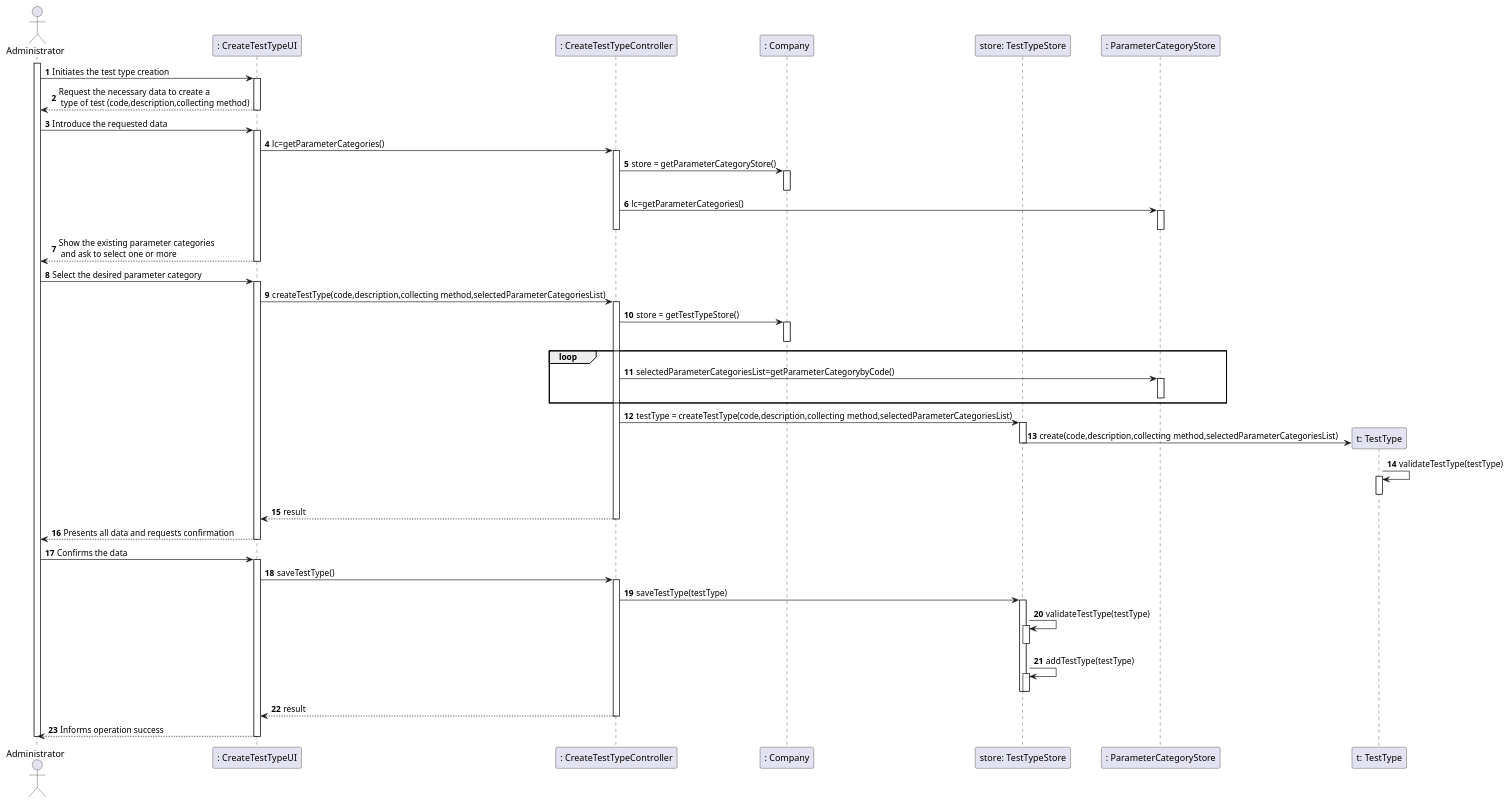
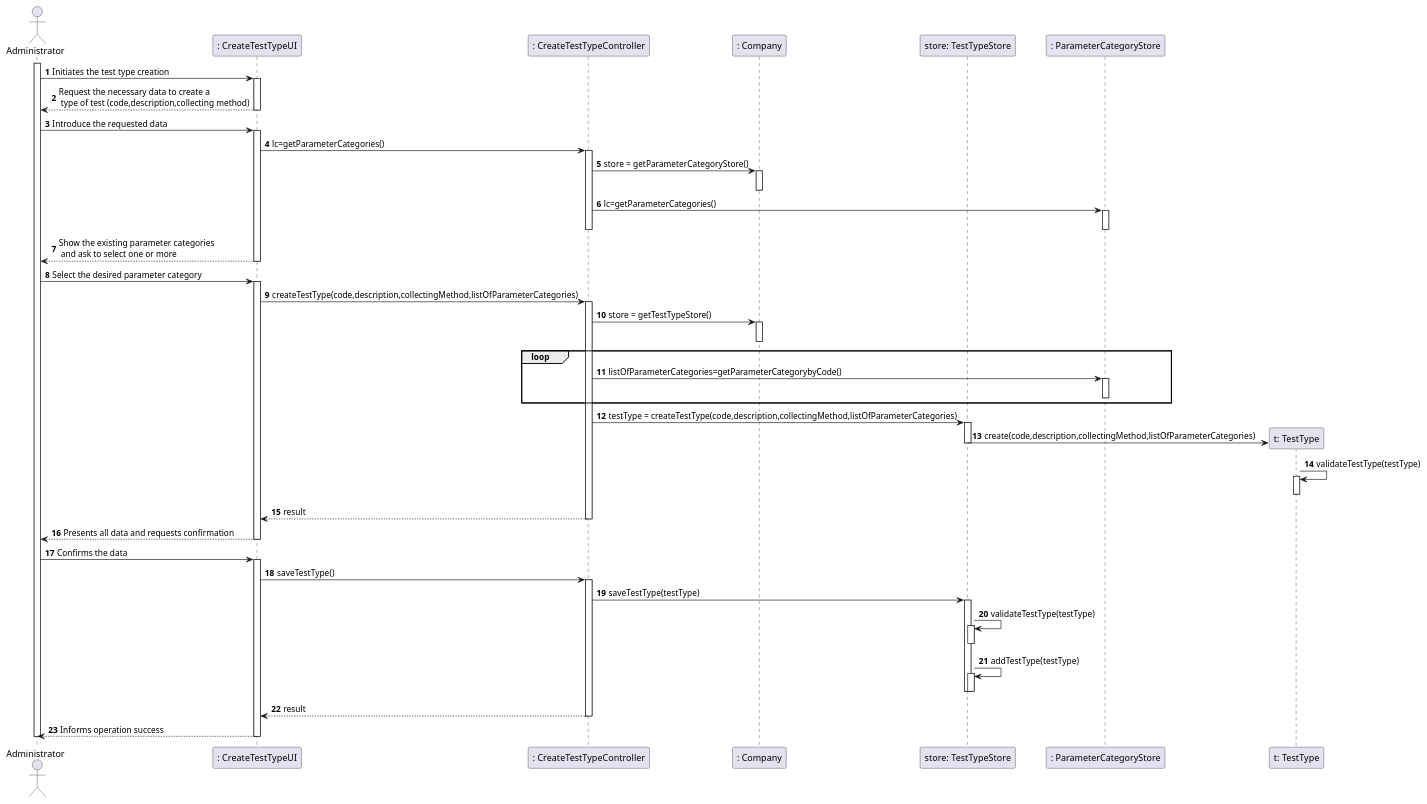
Before and after one commit to manu-07-ela/LAPR2_ISEP: the diagram in docs/SprintB/US09/US09_SD.puml, drawn with PlantUML. The commit also changed 3 other files, not shown here.

```diff
--- a/docs/SprintB/US09/US09_SD.puml
+++ b/docs/SprintB/US09/US09_SD.puml
@@ -1,80 +1,80 @@
 @startuml
 autonumber
 'hide footbox
 actor "Administrator" as Adm
 
 participant ": CreateTestTypeUI" as UI
 participant ": CreateTestTypeController" as CTRL
 participant ": Company" as Comp
 participant "store: TestTypeStore" as str
 participant ": ParameterCategoryStore" as PC
 participant "t: TestType" as TT
 
 activate Adm
 Adm -> UI : Initiates the test type creation
 activate UI
 UI --> Adm : Request the necessary data to create a\n type of test (code,description,collecting method)
 deactivate UI
 
 Adm -> UI : Introduce the requested data
 activate UI
 UI -> CTRL : lc=getParameterCategories()
 activate CTRL
 CTRL -> Comp : store = getParameterCategoryStore()
 activate Comp
 deactivate Comp
 CTRL -> PC : lc=getParameterCategories()
 activate PC
 deactivate PC
 deactivate CTRL
 UI --> Adm : Show the existing parameter categories\n and ask to select one or more
 deactivate UI
 
 Adm -> UI : Select the desired parameter category
 activate UI
-UI -> CTRL : createTestType(code,description,collecting method,selectedParameterCategoriesList)
+UI -> CTRL : createTestType(code,description,collectingMethod,listOfParameterCategories)
 activate CTRL
 CTRL -> Comp : store = getTestTypeStore()
 activate Comp
 deactivate Comp
 loop
-CTRL -> PC : selectedParameterCategoriesList=getParameterCategorybyCode()
+CTRL -> PC : listOfParameterCategories=getParameterCategorybyCode()
 activate PC
 deactivate PC
 end
-CTRL -> str : testType = createTestType(code,description,collecting method,selectedParameterCategoriesList)
+CTRL -> str : testType = createTestType(code,description,collectingMethod,listOfParameterCategories)
 activate str
-str -> TT** : create(code,description,collecting method,selectedParameterCategoriesList)
+str -> TT** : create(code,description,collectingMethod,listOfParameterCategories)
 deactivate str
 TT -> TT : validateTestType(testType)
 activate TT
 deactivate TT
 CTRL --> UI: result
 deactivate CTRL
 UI --> Adm : Presents all data and requests confirmation
 deactivate UI
 
 Adm -> UI: Confirms the data
 activate UI
 UI -> CTRL: saveTestType()
 activate CTRL
 CTRL -> str : saveTestType(testType)
 activate str
 str -> str : validateTestType(testType)
 activate str
 deactivate str
 str ->str : addTestType(testType)
 activate str
 deactivate str
 deactivate str
 CTRL --> UI: result
 deactivate CTRL
 UI --> Adm : Informs operation success
 deactivate UI
 
 deactivate Adm
 
 
 
 
 @enduml
```
